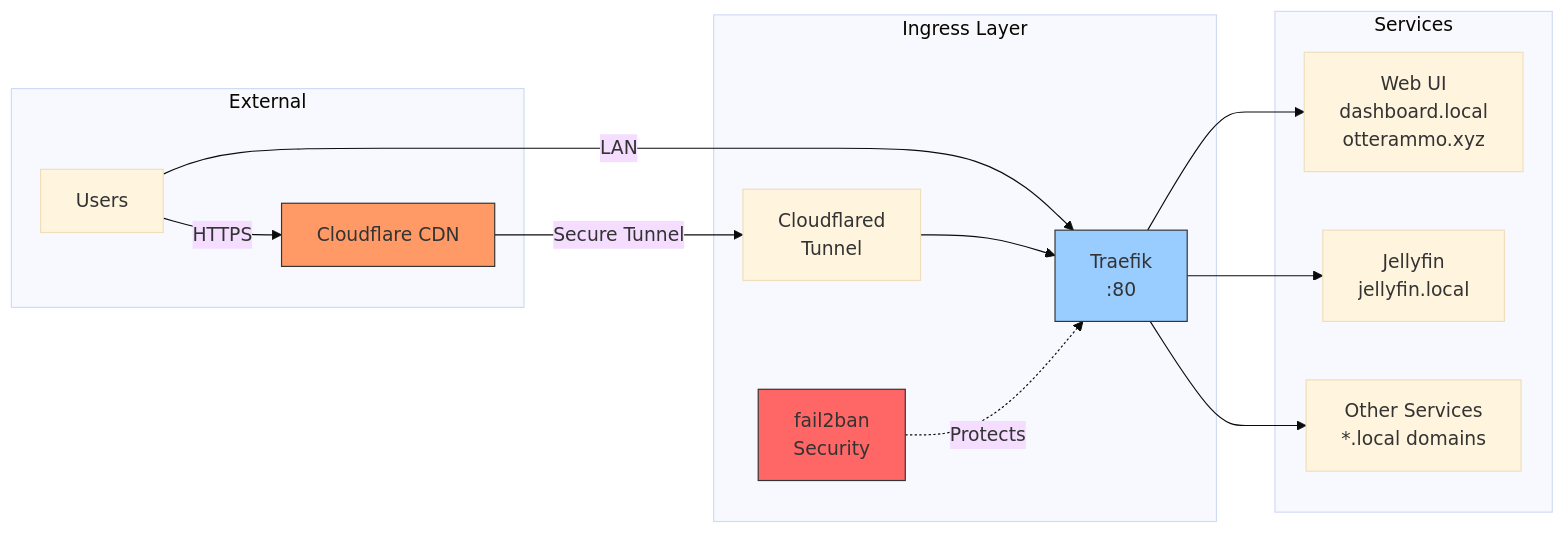
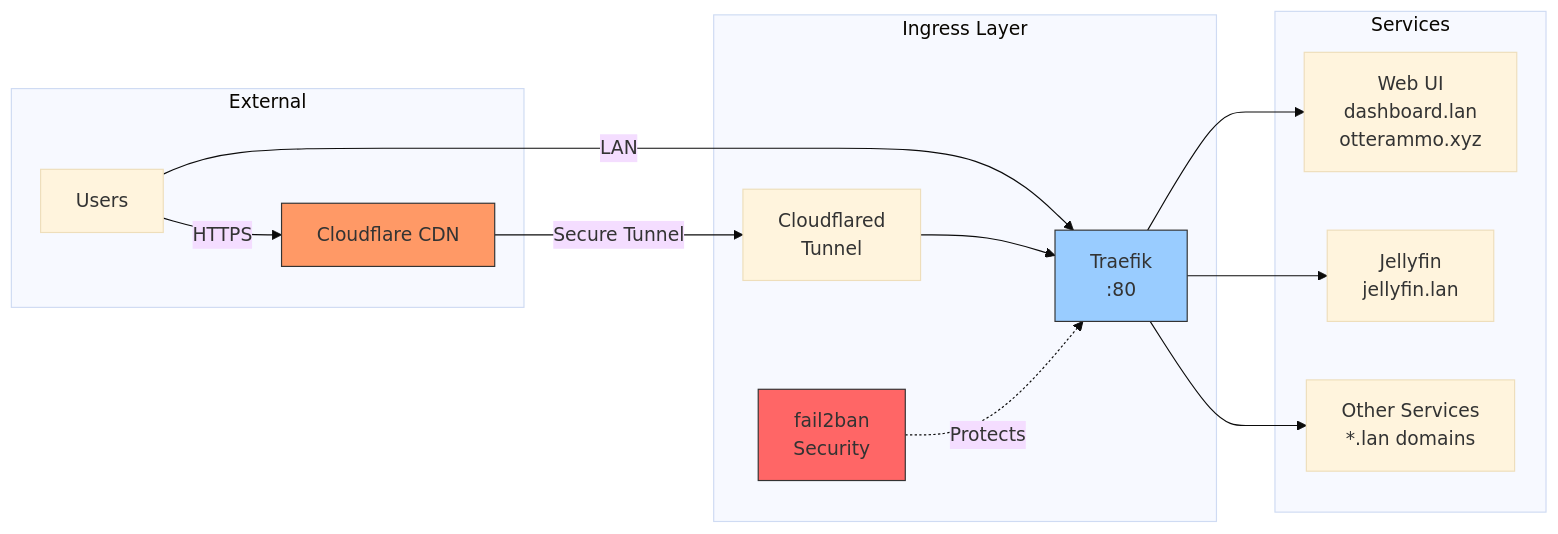
Before and after one commit to otterammo/otterstack-v2: the second of 7 diagrams in docs/arch/network-architecture.md, drawn with Mermaid (base theme). The commit also changed other lines of this file and 27 other files, not shown here.

````diff
--- a/docs/arch/network-architecture.md
+++ b/docs/arch/network-architecture.md
@@ -37,32 +37,32 @@
 ```mermaid
 graph LR
     subgraph External
         USERS[Users]
         CF[Cloudflare CDN]
     end
 
     subgraph Ingress["Ingress Layer"]
         CFD[Cloudflared<br/>Tunnel]
         TR[Traefik<br/>:80]
         F2B[fail2ban<br/>Security]
     end
 
     subgraph Services
-        WUI[Web UI<br/>dashboard.local<br/>otterammo.xyz]
-        JF[Jellyfin<br/>jellyfin.local]
-        OTHERS[Other Services<br/>*.local domains]
+        WUI[Web UI<br/>dashboard.lan<br/>otterammo.xyz]
+        JF[Jellyfin<br/>jellyfin.lan]
+        OTHERS[Other Services<br/>*.lan domains]
     end
 
     USERS -->|HTTPS| CF
     USERS -->|LAN| TR
     CF -->|Secure Tunnel| CFD
     CFD --> TR
     TR --> WUI
     TR --> JF
     TR --> OTHERS
     F2B -.->|Protects| TR
 
     style TR fill:#9cf,stroke:#333
     style CF fill:#f96,stroke:#333
     style F2B fill:#f66,stroke:#333
 ```
````
